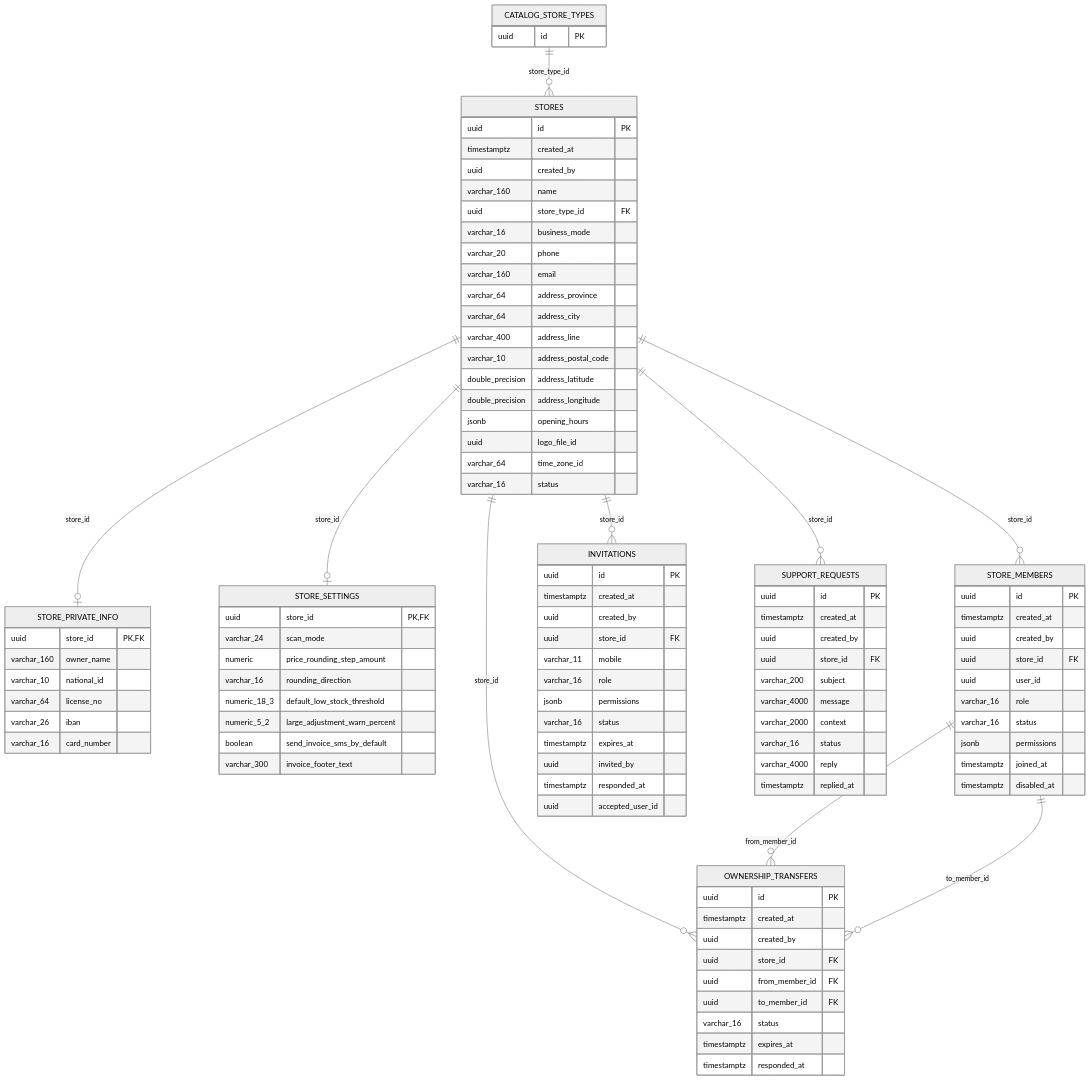
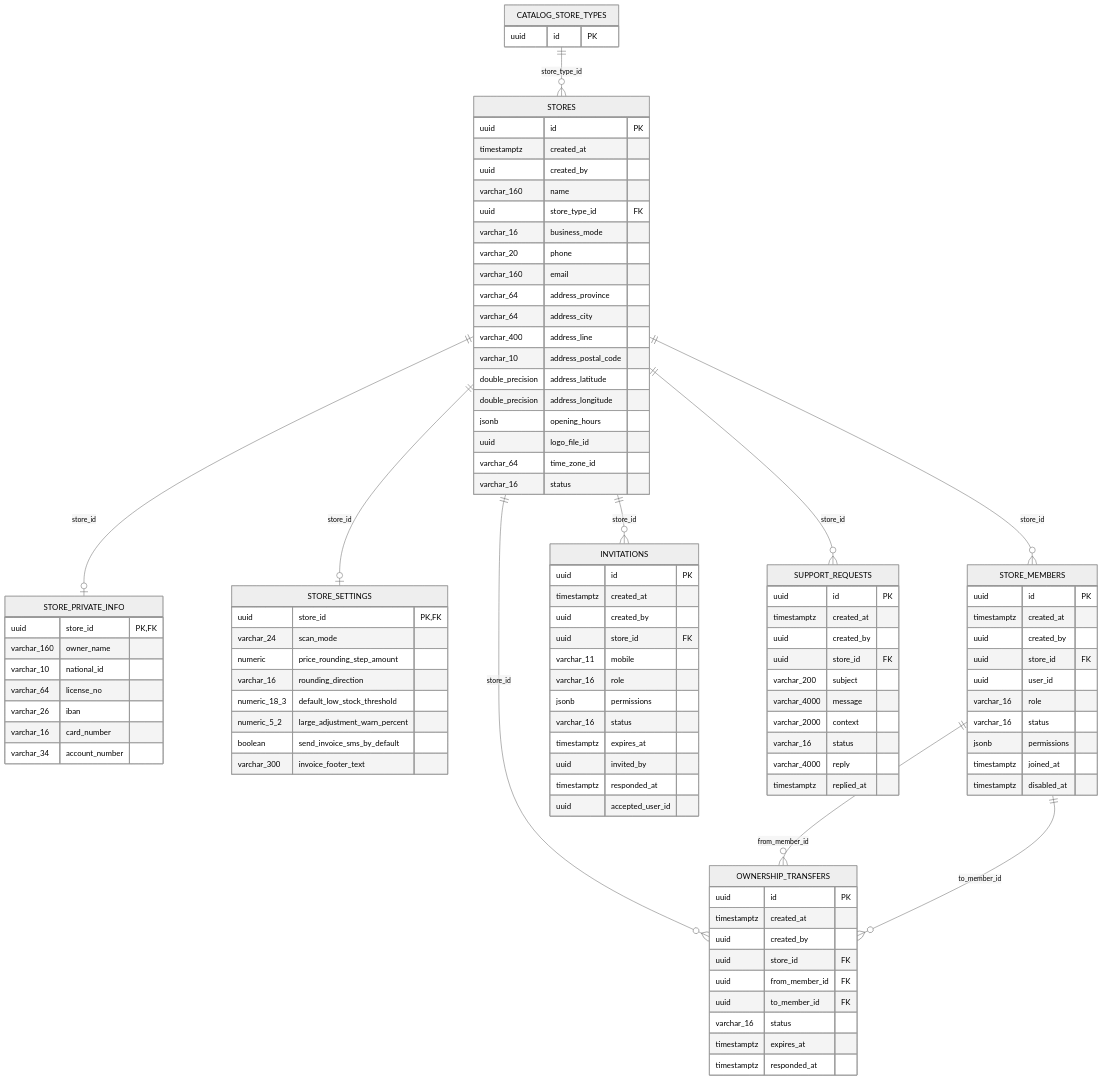
One commit to arefzamani9971/2kni-front-end changed the second of 13 diagrams in docs/reference/backend/database.md. Above: the diagram before and after it, drawn with Mermaid (neutral theme). The commit also changed other lines of this file and 59 other files, not shown here.

```diff
--- a/docs/reference/backend/database.md
+++ b/docs/reference/backend/database.md
@@ -166,6 +166,7 @@
         varchar_64 license_no
         varchar_26 iban
         varchar_16 card_number
+        varchar_34 account_number
     }
     STORE_SETTINGS {
         uuid store_id PK,FK
```
